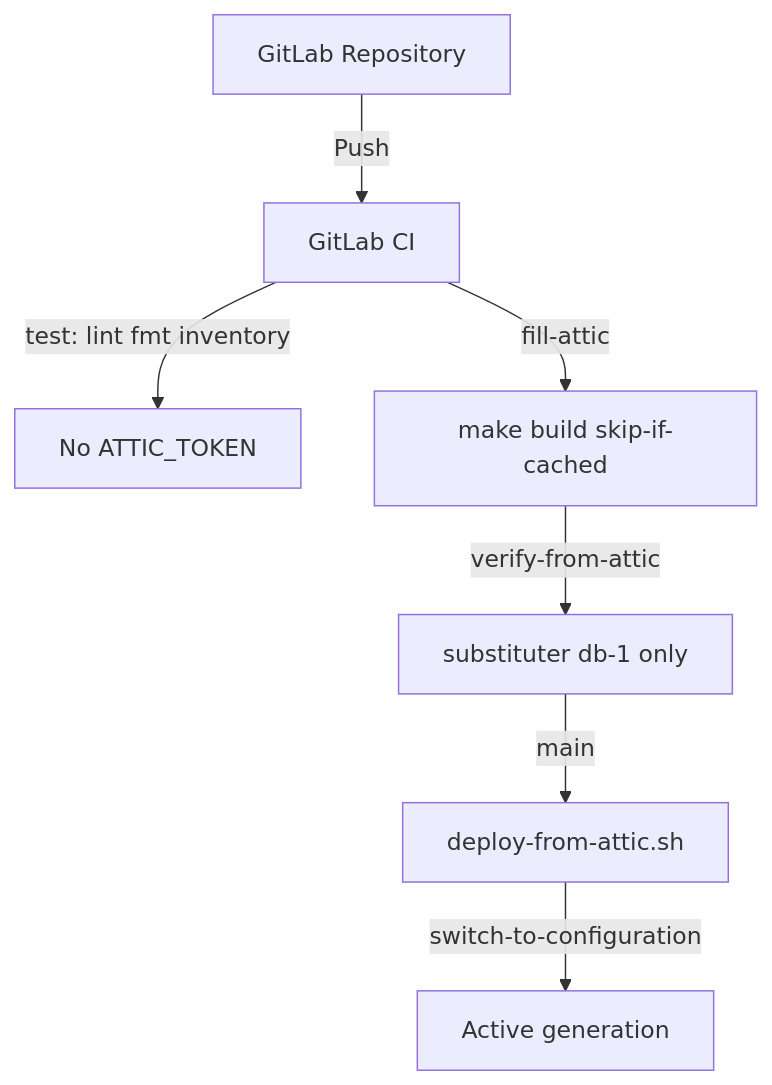
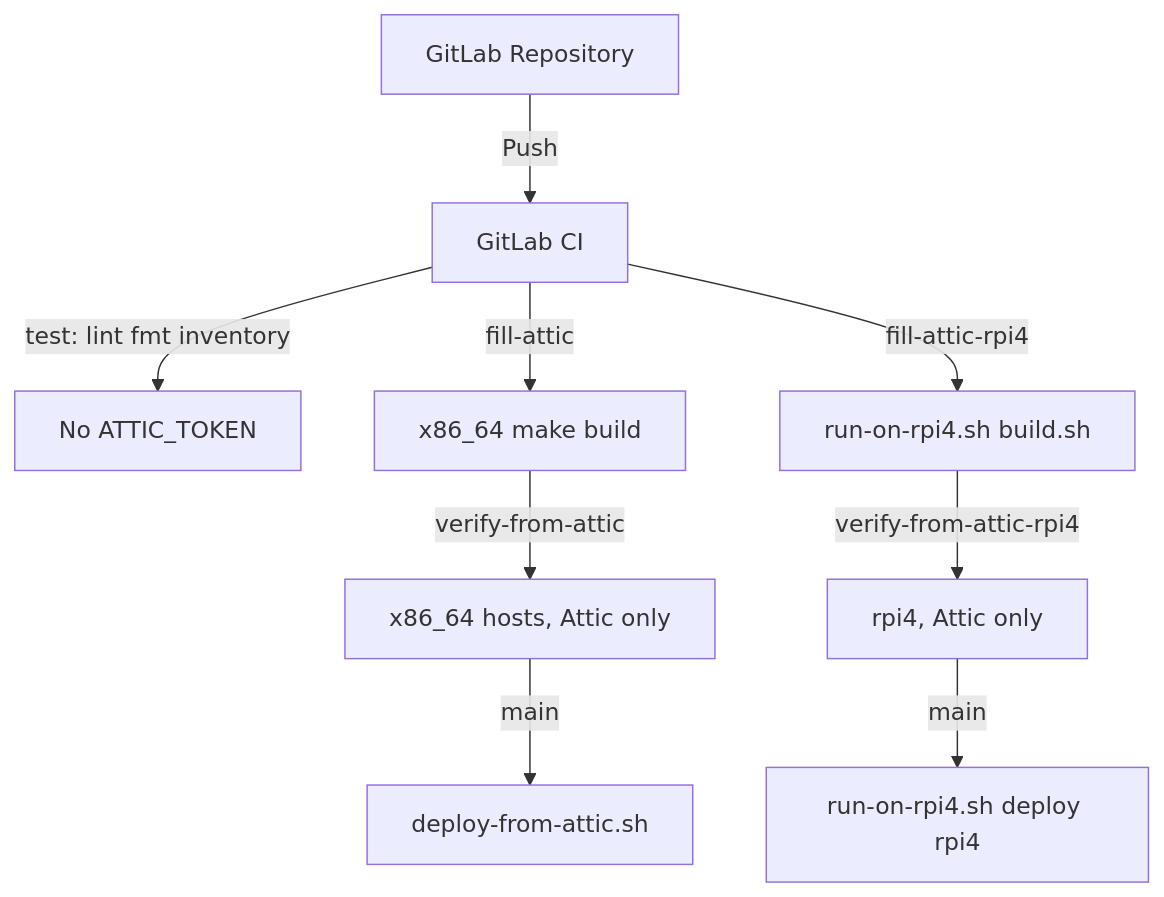
One commit to alexthemayers/nixos-fleet changed the diagram in docs/deployments.md. Above: the diagram before and after it, drawn with Mermaid. The commit also changed other lines of this file and 17 other files, not shown here.

First line of the commit message:
ci: run rpi4 fill and deploy on the Pi

````diff
--- a/docs/deployments.md
+++ b/docs/deployments.md
@@ -17,9 +17,11 @@
 ```mermaid
 graph TD
     GitLab[GitLab Repository] -->|Push| CI[GitLab CI]
     CI -->|test: lint fmt inventory| Test[No ATTIC_TOKEN]
-    CI -->|fill-attic| Fill[make build skip-if-cached]
-    Fill -->|verify-from-attic| Prove[substituter db-1 only]
+    CI -->|fill-attic| Fill[x86_64 make build]
+    CI -->|fill-attic-rpi4| FillPi[run-on-rpi4.sh build.sh]
+    Fill -->|verify-from-attic| Prove[x86_64 hosts, Attic only]
+    FillPi -->|verify-from-attic-rpi4| ProvePi[rpi4, Attic only]
     Prove -->|main| Deploy[deploy-from-attic.sh]
-    Deploy -->|switch-to-configuration| Live[Active generation]
+    ProvePi -->|main| DeployPi[run-on-rpi4.sh deploy rpi4]
 ```
````
